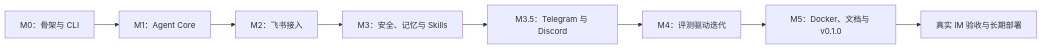
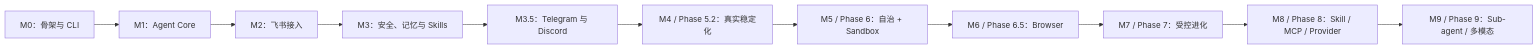
The tenth of 10 diagrams in docs/product/20260807_产品需求文档.md (NEDONION/lobster0), drawn with Mermaid before and after one commit. The commit also changed other lines of this file and 37 other files, not shown here.

Commit message:
docs(roadmap): 对齐 OpenClaw 与 Hermes 能力差距

````diff
--- a/docs/product/20260807_产品需求文档.md
+++ b/docs/product/20260807_产品需求文档.md
@@ -627,10 +659,13 @@
 ```mermaid
 flowchart LR
     M0["M0：骨架与 CLI"] --> M1["M1：Agent Core"]
     M1 --> M2["M2：飞书接入"]
     M2 --> M3["M3：安全、记忆与 Skills"]
     M3 --> MC["M3.5：Telegram 与 Discord"]
-    MC --> M4["M4：评测驱动迭代"]
-    M4 --> M5["M5：Docker、文档与 v0.1.0"]
-    M5 --> LIVE["真实 IM 验收与长期部署"]
+    MC --> M4["M4 / Phase 5.2：真实稳定化"]
+    M4 --> M5["M5 / Phase 6：自治 + Sandbox"]
+    M5 --> M6["M6 / Phase 6.5：Browser"]
+    M6 --> M7["M7 / Phase 7：受控进化"]
+    M7 --> M8["M8 / Phase 8：Skill / MCP / Provider"]
+    M8 --> M9["M9 / Phase 9：Sub-agent / 多模态"]
 ```
````
